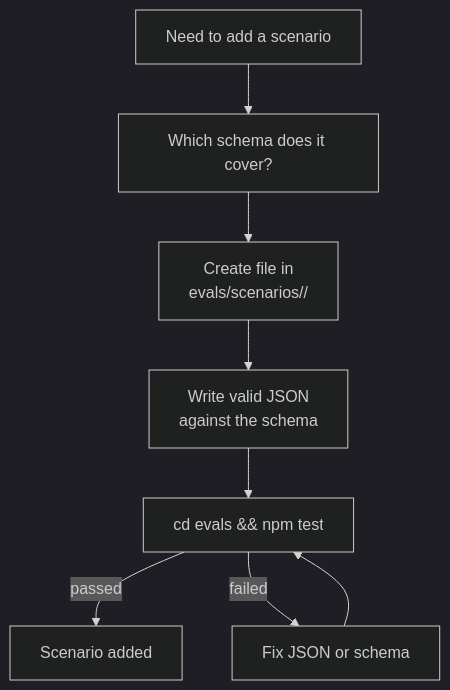
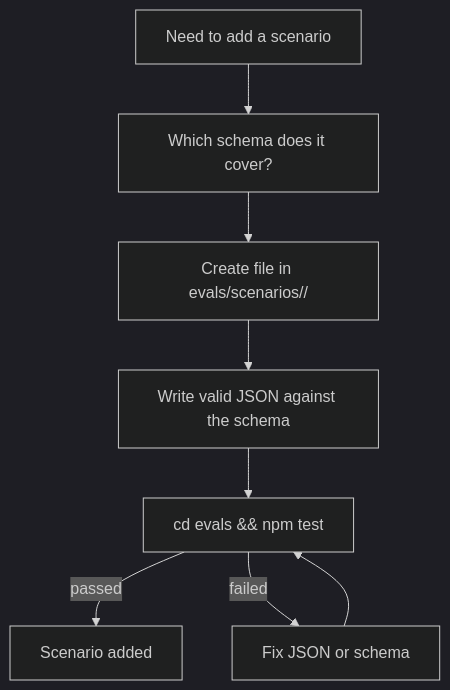
One commit to Smithbox-ai/ControlFlow changed the diagram in docs/tutorial-en/14-evals.md. Above: the diagram before and after it, drawn with Mermaid (dark theme). The commit also changed other lines of this file and 51 other files, not shown here.

````diff
--- a/docs/tutorial-en/14-evals.md
+++ b/docs/tutorial-en/14-evals.md
@@ -165,10 +210,10 @@
 ```mermaid
 flowchart TD
     New[Need to add a scenario] --> Which[Which schema does it cover?]
-    Which --> Folder[Create file in\nevals/scenarios/<agent-name>/]
-    Folder --> Write[Write valid JSON\nagainst the schema]
+    Which --> Folder[Create file in evals/scenarios/<name>/]
+    Folder --> Write[Write valid JSON against the schema]
     Write --> Run[cd evals && npm test]
     Run -->|passed| Done[Scenario added]
     Run -->|failed| Fix[Fix JSON or schema]
     Fix --> Run
 ```
````
